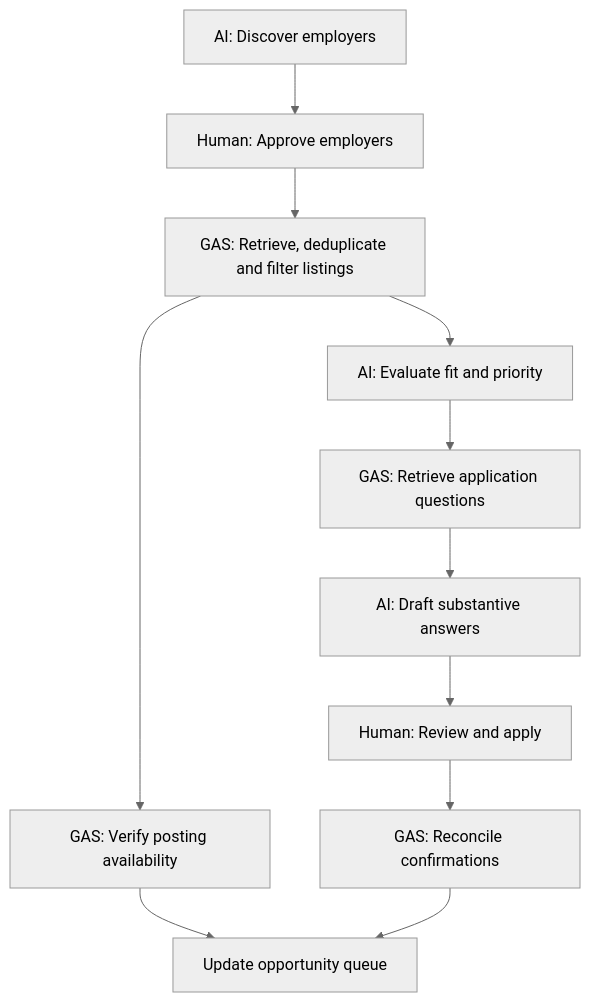
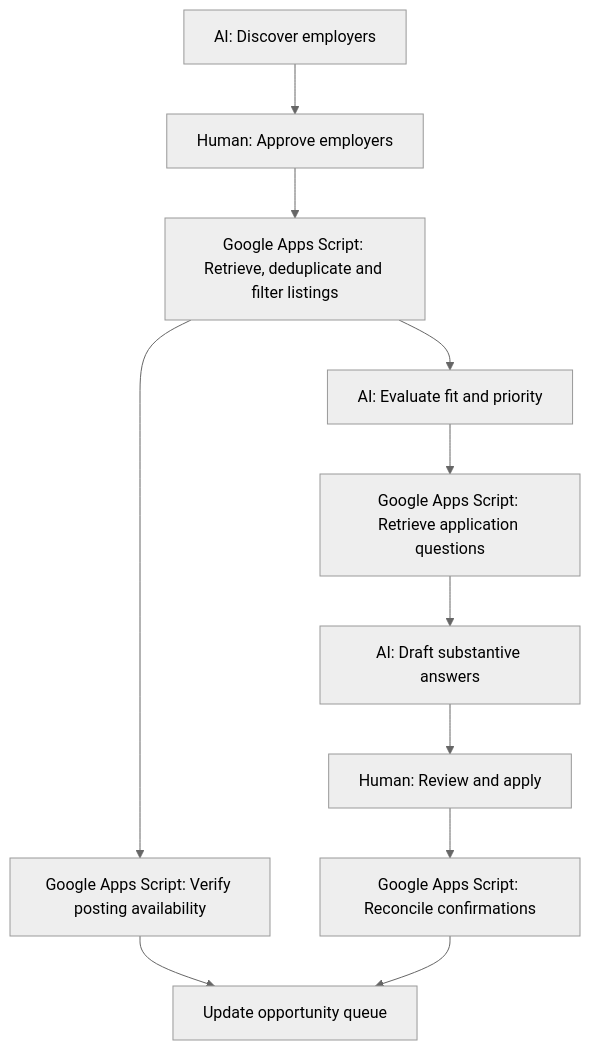
Before and after one commit to andrew-woosnam/jobhunt: the diagram in README.md, drawn with Mermaid (neutral theme).

Commit message:
Spell out Google Apps Script in README.md

````diff
--- a/README.md
+++ b/README.md
@@ -58,13 +58,13 @@
 ```mermaid
 flowchart TD
     A["AI: Discover employers"] --> B["Human: Approve employers"]
-    B --> C["GAS: Retrieve, deduplicate and filter listings"]
+    B --> C["Google Apps Script: Retrieve, deduplicate and filter listings"]
     C --> D["AI: Evaluate fit and priority"]
-    D --> E["GAS: Retrieve application questions"]
+    D --> E["Google Apps Script: Retrieve application questions"]
     E --> F["AI: Draft substantive answers"]
     F --> G["Human: Review and apply"]
-    G --> H["GAS: Reconcile confirmations"]
-    C --> I["GAS: Verify posting availability"]
+    G --> H["Google Apps Script: Reconcile confirmations"]
+    C --> I["Google Apps Script: Verify posting availability"]
     I --> J["Update opportunity queue"]
     H --> J
 ```
````
